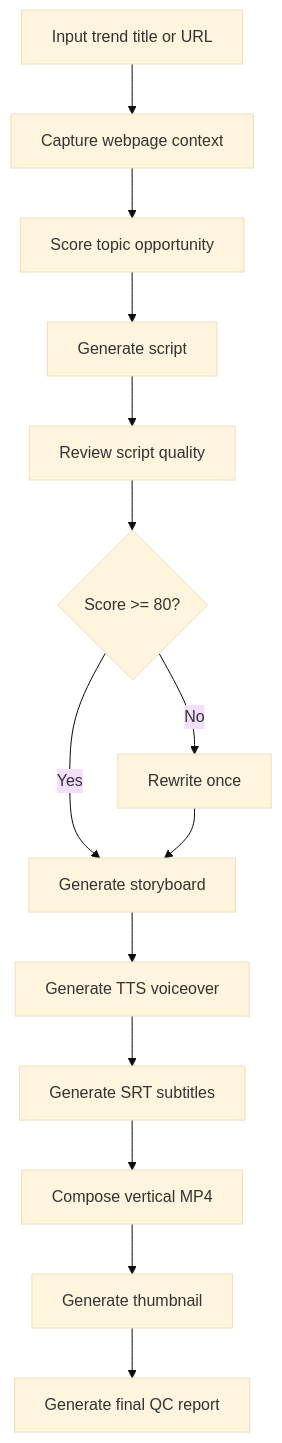
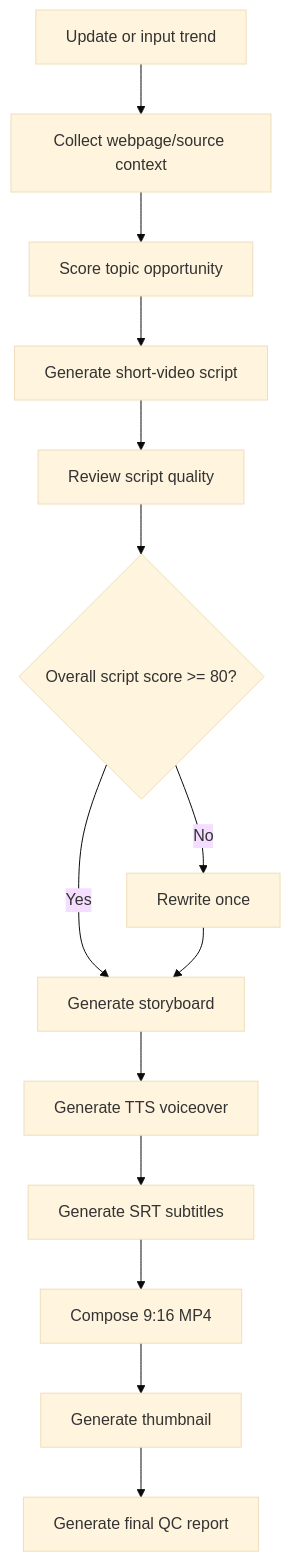
Before and after one commit to 2417467487-hub/Trend2Video-Pro: the first of 2 diagrams in README.md, drawn with Mermaid (base theme). The commit also changed other lines of this file and 35 other files, not shown here.

Commit message:
Upgrade Trend2Video Pro demo readiness

````diff
--- a/README.md
+++ b/README.md
@@ -88,16 +110,16 @@
 ```mermaid
 flowchart TD
-    A["Input trend title or URL"] --> B["Capture webpage context"]
+    A["Update or input trend"] --> B["Collect webpage/source context"]
     B --> C["Score topic opportunity"]
-    C --> D["Generate script"]
+    C --> D["Generate short-video script"]
     D --> E["Review script quality"]
-    E --> F{"Score >= 80?"}
+    E --> F{"Overall script score >= 80?"}
     F -- "No" --> G["Rewrite once"]
     F -- "Yes" --> H["Generate storyboard"]
     G --> H
     H --> I["Generate TTS voiceover"]
     I --> J["Generate SRT subtitles"]
-    J --> K["Compose vertical MP4"]
+    J --> K["Compose 9:16 MP4"]
     K --> L["Generate thumbnail"]
     L --> M["Generate final QC report"]
 ```
````
